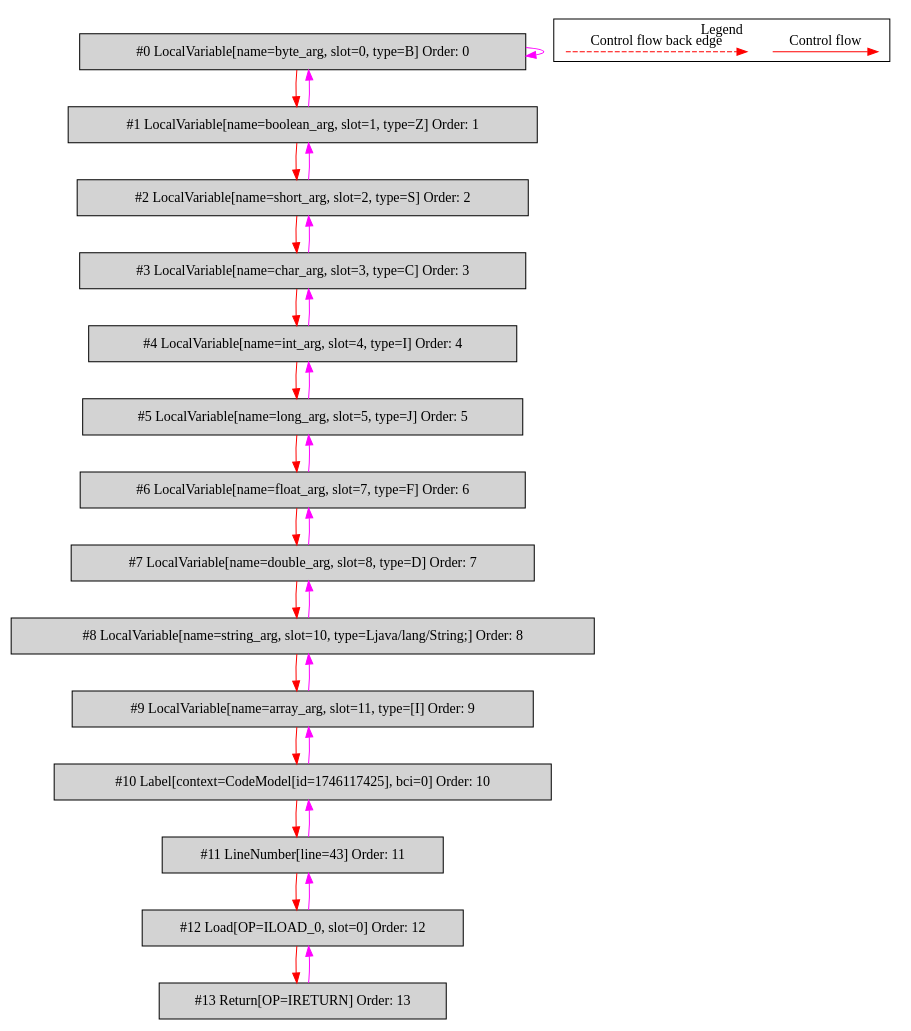
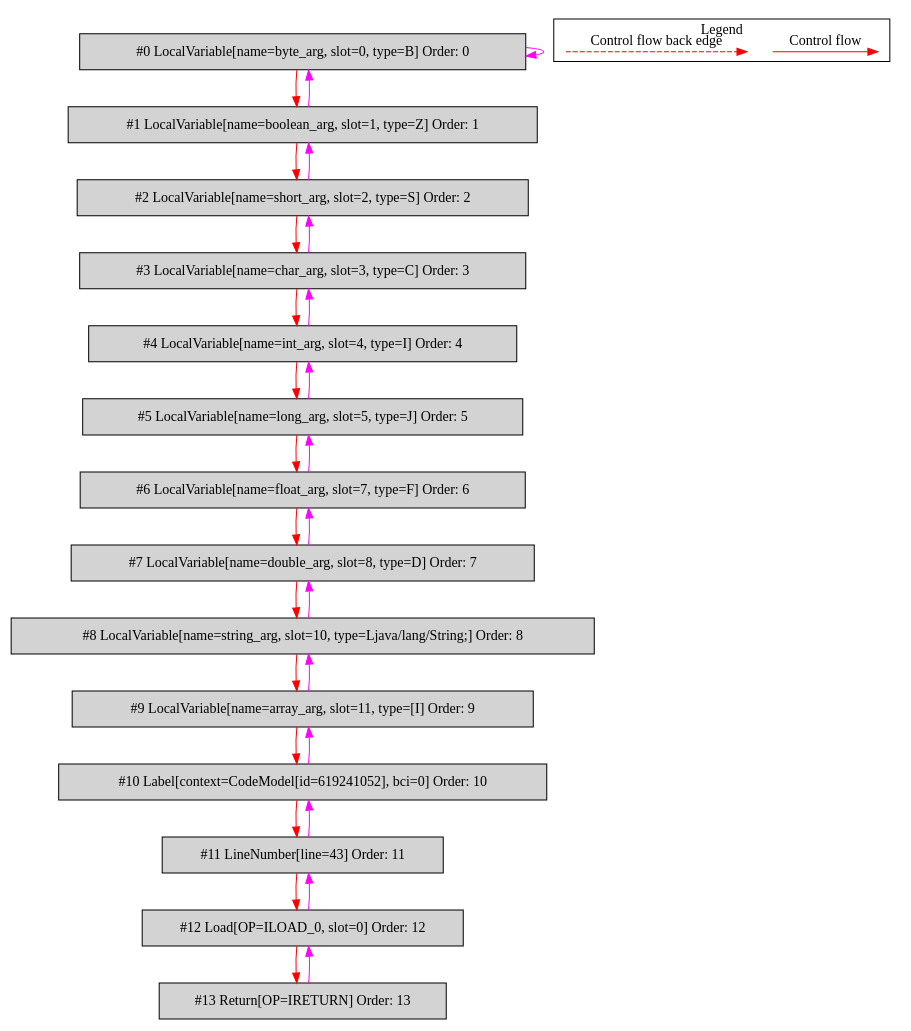
The diagram in de.mirkosertic.metair.ir.examples.MethodInvokeTest/simple_method_return_byte/bytecodecfg.dot (mirkosertic/MetaIR), drawn with Graphviz before and after one commit. The commit also changed 477 other files, not shown here.

```diff
--- a/de.mirkosertic.metair.ir.examples.MethodInvokeTest/simple_method_return_byte/bytecodecfg.dot
+++ b/de.mirkosertic.metair.ir.examples.MethodInvokeTest/simple_method_return_byte/bytecodecfg.dot
@@ -1,58 +1,58 @@
 digraph {
  ordering="in";
  node0[label="#0 LocalVariable[name=byte_arg, slot=0, type=B] Order: 0", shape=box, fillcolor=lightgrey, style=filled];
  node1[label="#1 LocalVariable[name=boolean_arg, slot=1, type=Z] Order: 1", shape=box, fillcolor=lightgrey, style=filled];
  node2[label="#2 LocalVariable[name=short_arg, slot=2, type=S] Order: 2", shape=box, fillcolor=lightgrey, style=filled];
  node3[label="#3 LocalVariable[name=char_arg, slot=3, type=C] Order: 3", shape=box, fillcolor=lightgrey, style=filled];
  node4[label="#4 LocalVariable[name=int_arg, slot=4, type=I] Order: 4", shape=box, fillcolor=lightgrey, style=filled];
  node5[label="#5 LocalVariable[name=long_arg, slot=5, type=J] Order: 5", shape=box, fillcolor=lightgrey, style=filled];
  node6[label="#6 LocalVariable[name=float_arg, slot=7, type=F] Order: 6", shape=box, fillcolor=lightgrey, style=filled];
  node7[label="#7 LocalVariable[name=double_arg, slot=8, type=D] Order: 7", shape=box, fillcolor=lightgrey, style=filled];
  node8[label="#8 LocalVariable[name=string_arg, slot=10, type=Ljava/lang/String;] Order: 8", shape=box, fillcolor=lightgrey, style=filled];
  node9[label="#9 LocalVariable[name=array_arg, slot=11, type=[I] Order: 9", shape=box, fillcolor=lightgrey, style=filled];
- node10[label="#10 Label[context=CodeModel[id=1746117425], bci=0] Order: 10", shape=box, fillcolor=lightgrey, style=filled];
+ node10[label="#10 Label[context=CodeModel[id=619241052], bci=0] Order: 10", shape=box, fillcolor=lightgrey, style=filled];
  node11[label="#11 LineNumber[line=43] Order: 11", shape=box, fillcolor=lightgrey, style=filled];
  node12[label="#12 Load[OP=ILOAD_0, slot=0] Order: 12", shape=box, fillcolor=lightgrey, style=filled];
  node13[label="#13 Return[OP=IRETURN] Order: 13", shape=box, fillcolor=lightgrey, style=filled];
  node0 -> node0[color=fuchsia];
  node0 -> node1[color=red];
  node1 -> node0[color=fuchsia];
  node1 -> node2[color=red];
  node2 -> node1[color=fuchsia];
  node2 -> node3[color=red];
  node3 -> node2[color=fuchsia];
  node3 -> node4[color=red];
  node4 -> node3[color=fuchsia];
  node4 -> node5[color=red];
  node5 -> node4[color=fuchsia];
  node5 -> node6[color=red];
  node6 -> node5[color=fuchsia];
  node6 -> node7[color=red];
  node7 -> node6[color=fuchsia];
  node7 -> node8[color=red];
  node8 -> node7[color=fuchsia];
  node8 -> node9[color=red];
  node9 -> node8[color=fuchsia];
  node9 -> node10[color=red];
  node10 -> node9[color=fuchsia];
  node10 -> node11[color=red];
  node11 -> node10[color=fuchsia];
  node11 -> node12[color=red];
  node12 -> node11[color=fuchsia];
  node12 -> node13[color=red];
  node13 -> node12[color=fuchsia];
  subgraph cluster_000 {
   label = "Legend";
   node [shape=point]
   {
    rank=same;
    c0 [style = invis];
    c1 [style = invis];
    c2 [style = invis];
    c3 [style = invis];
   }
   c0 -> c1 [label="Control flow", style=solid, color=red]
   c2 -> c3 [label="Control flow back edge", style=dashed, color=red]
  }
 
 }
```
